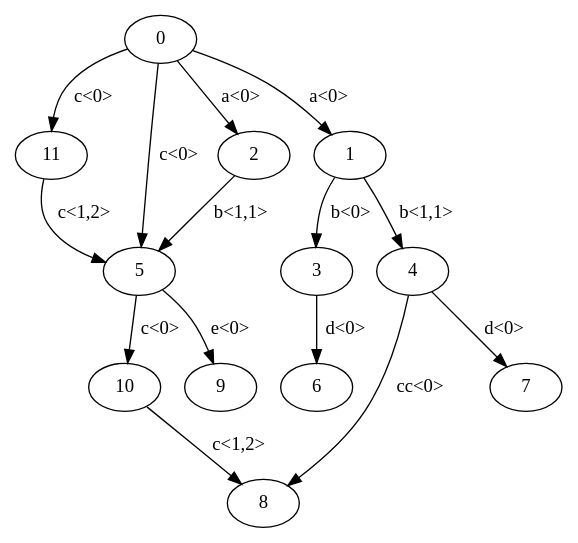
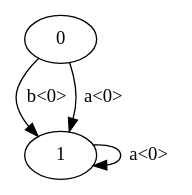
Before and after one commit to varivera/aliasing-java: the diagram in AliasingImpl/source/testingAliasDiagram.dot, drawn with Graphviz. The commit also changed 11 other files, not shown here.

```diff
--- a/AliasingImpl/source/testingAliasDiagram.dot
+++ b/AliasingImpl/source/testingAliasDiagram.dot
@@ -1,28 +1,7 @@
 digraph G {
-n10->n8 [label="c<1,2>"]
-n3->n6 [label="d<0>"]
-n4->n7 [label="d<0>"]
-n4->n8 [label="cc<0>"]
-n11->n5 [label="c<1,2>"]
-n5->n10 [label="c<0>"]
-n5->n9 [label="e<0>"]
-n2->n5 [label="b<1,1>"]
-n1->n3 [label="b<0>"]
-n1->n4 [label="b<1,1>"]
-n0->n11 [label="c<0>"]
-n0->n5 [label="c<0>"]
-n0->n2 [label="a<0>"]
+n1->n1 [label="a<0>"]
+n0->n1 [label="b<0>"]
 n0->n1 [label="a<0>"]
 n0[label="0"]
 n1[label="1"]
-n2[label="2"]
-n3[label="3"]
-n4[label="4"]
-n5[label="5"]
-n6[label="6"]
-n7[label="7"]
-n8[label="8"]
-n9[label="9"]
-n10[label="10"]
-n11[label="11"]
 }
```
